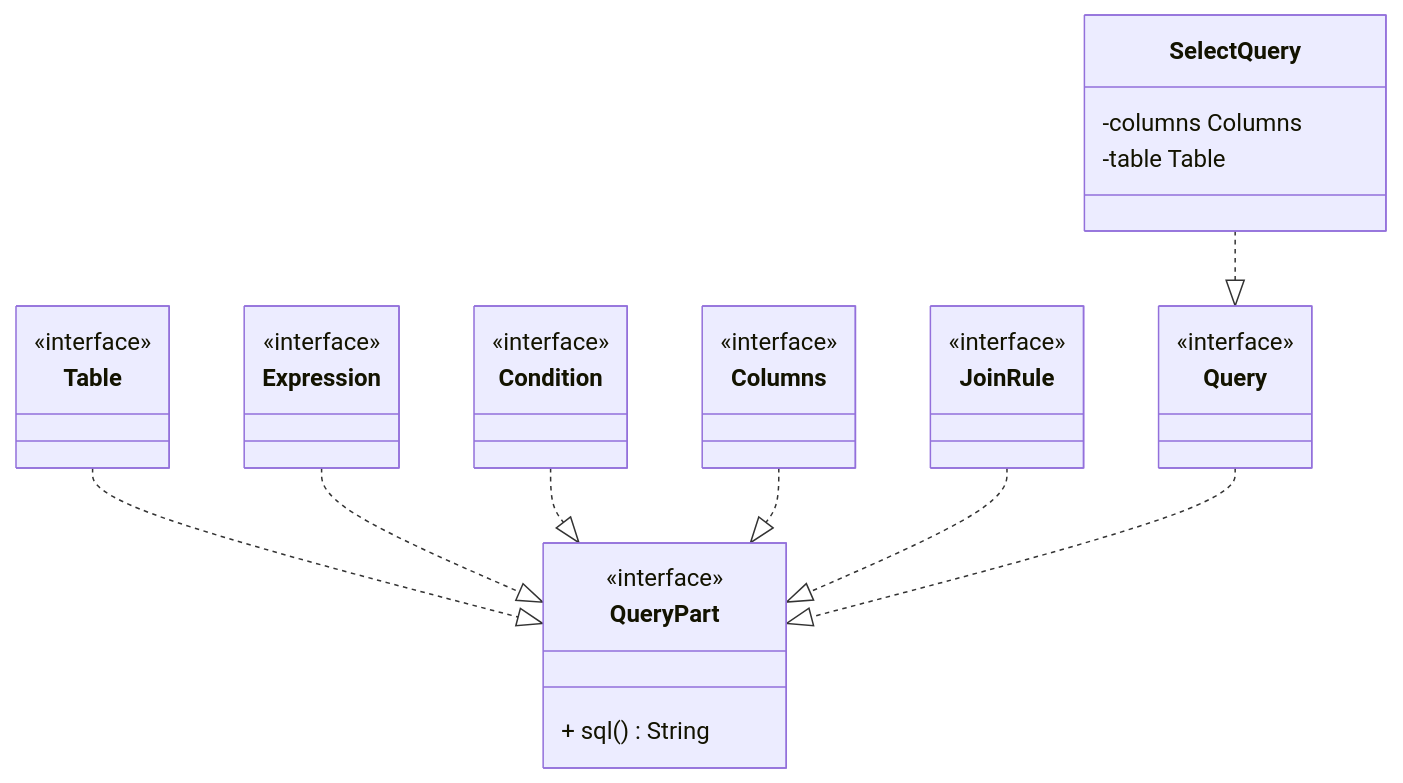
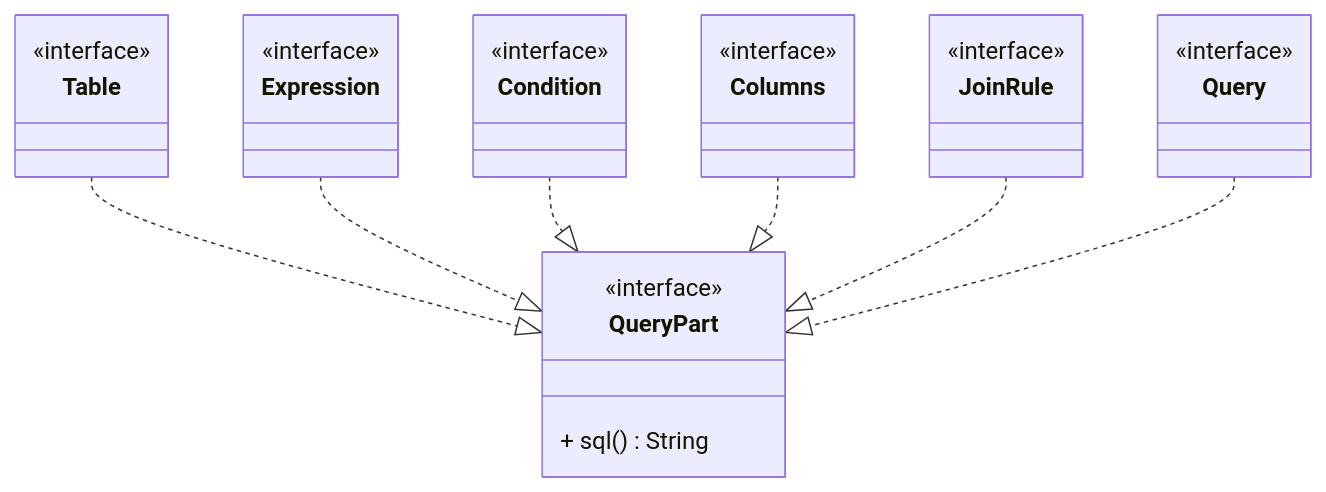
Before and after one commit to safarislava/QueryBricks: the seventh of 13 diagrams in docs/domain.md, drawn with Mermaid. The commit also changed other lines of this file, not shown here.

````diff
--- a/docs/domain.md
+++ b/docs/domain.md
@@ -204,43 +235,37 @@
 ```mermaid
 classDiagram
     class QueryPart {
         <<interface>>
         + sql() String
     }
 
     class Table {
         <<interface>>
     }
     Table ..|> QueryPart
 
     class Expression {
         <<interface>>
     }
     Expression ..|> QueryPart
 
     class Condition {
         <<interface>>
     }
     Condition ..|> QueryPart
 
     class Columns {
         <<interface>>
     }
     Columns ..|> QueryPart
 
     class JoinRule {
         <<interface>>
     }
     JoinRule ..|> QueryPart
 
     class Query {
         <<interface>>
     }
     Query ..|> QueryPart
-
-    class SelectQuery {
-        -columns Columns
-        -table Table
-    }
-    SelectQuery ..|> Query
 ```
````
